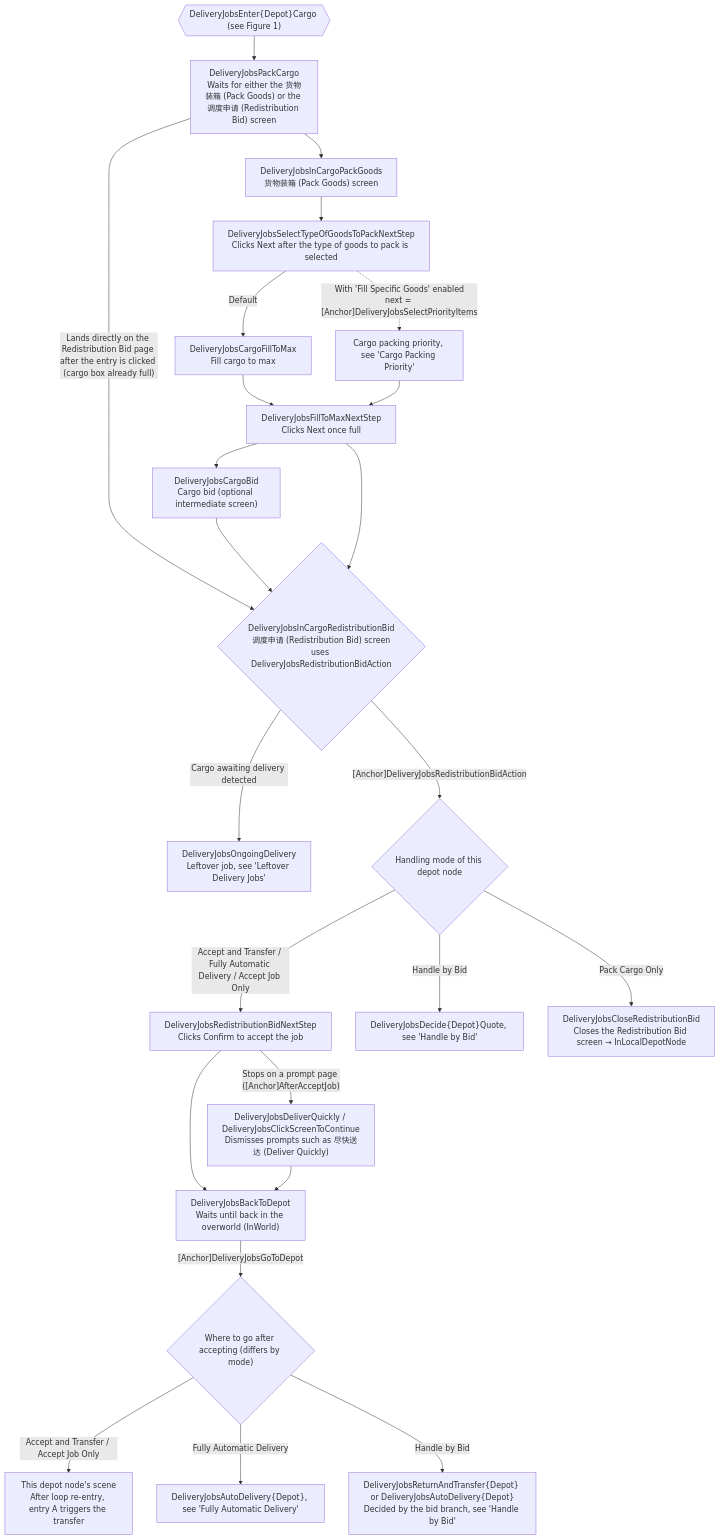
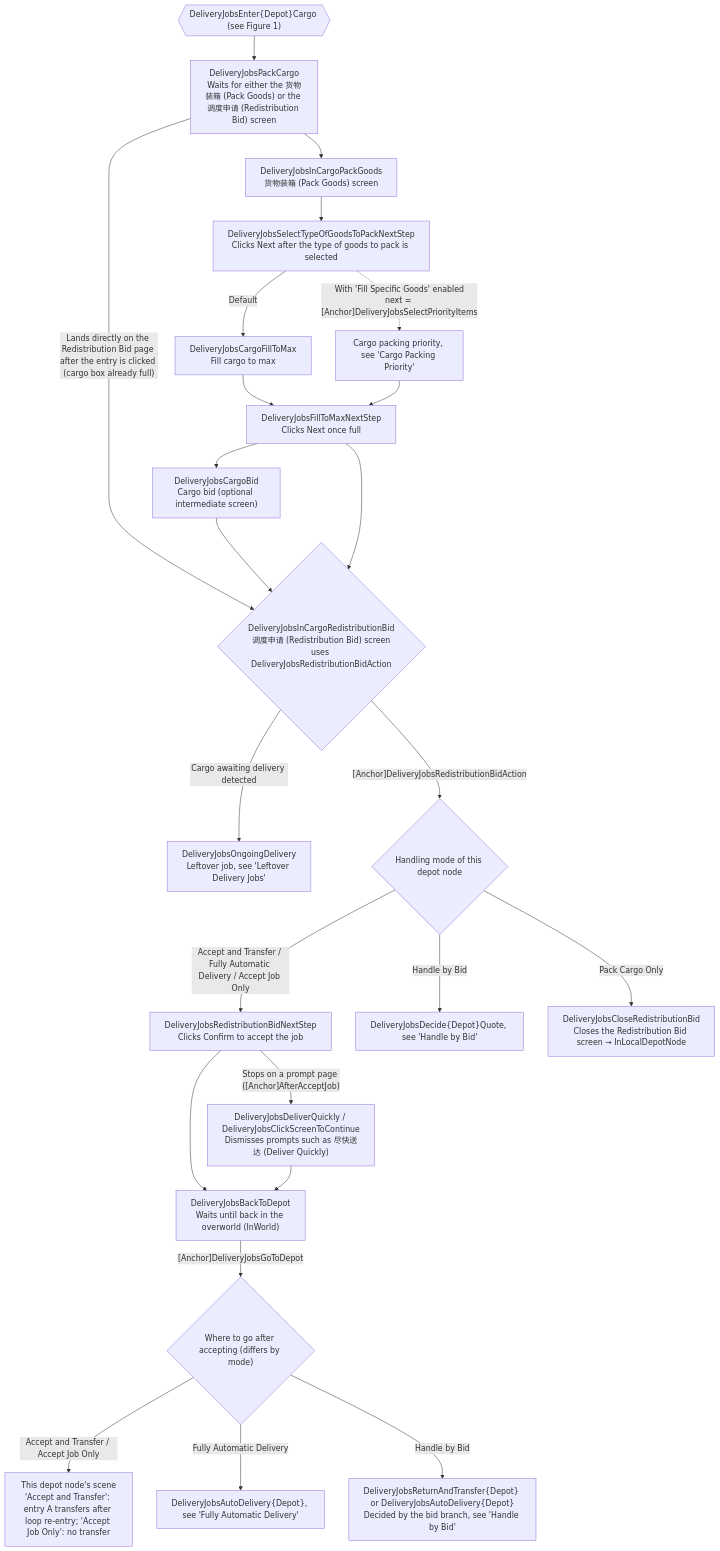
Before and after one commit to MaaEnd/MaaEnd: the second of 6 diagrams in docs/en_us/developers/tasks/delivery-jobs-maintain.md, drawn with Mermaid. The commit also changed other lines of this file and 62 other files, not shown here.

````diff
--- a/docs/en_us/developers/tasks/delivery-jobs-maintain.md
+++ b/docs/en_us/developers/tasks/delivery-jobs-maintain.md
@@ -45,26 +45,26 @@
 ```mermaid
 flowchart TD
     ECargo{{"DeliveryJobsEnter{Depot}Cargo (see Figure 1)"}} --> Pack["DeliveryJobsPackCargo\nWaits for either the 货物装箱 (Pack Goods) or the 调度申请 (Redistribution Bid) screen"]
     Pack --> PackGoods["DeliveryJobsInCargoPackGoods\n货物装箱 (Pack Goods) screen"]
     Pack -->|"Lands directly on the Redistribution Bid page after the entry is clicked (cargo box already full)"| Bid
     PackGoods --> Sel["DeliveryJobsSelectTypeOfGoodsToPackNextStep\nClicks Next after the type of goods to pack is selected"]
     Sel -->|Default| Fill["DeliveryJobsCargoFillToMax\nFill cargo to max"]
     Sel -.->|"With 'Fill Specific Goods' enabled\nnext = [Anchor]DeliveryJobsSelectPriorityItems"| Prio["Cargo packing priority, see 'Cargo Packing Priority'"]
     Fill --> FillNext["DeliveryJobsFillToMaxNextStep\nClicks Next once full"]
     Prio --> FillNext
     FillNext --> CargoBid["DeliveryJobsCargoBid\nCargo bid (optional intermediate screen)"]
     CargoBid --> Bid
     FillNext --> Bid{"DeliveryJobsInCargoRedistributionBid\n调度申请 (Redistribution Bid) screen\nuses DeliveryJobsRedistributionBidAction"}
     Bid -->|Cargo awaiting delivery detected| Ong["DeliveryJobsOngoingDelivery\nLeftover job, see 'Leftover Delivery Jobs'"]
     Bid -->|"[Anchor]DeliveryJobsRedistributionBidAction"| Mode{"Handling mode of this depot node"}
     Mode -->|Accept and Transfer / Fully Automatic Delivery / Accept Job Only| RB["DeliveryJobsRedistributionBidNextStep\nClicks Confirm to accept the job"]
     Mode -->|Handle by Bid| Decide["DeliveryJobsDecide{Depot}Quote, see 'Handle by Bid'"]
     Mode -->|Pack Cargo Only| Close["DeliveryJobsCloseRedistributionBid\nCloses the Redistribution Bid screen → InLocalDepotNode"]
     RB -->|"Stops on a prompt page ([Anchor]AfterAcceptJob)"| Quick["DeliveryJobsDeliverQuickly / DeliveryJobsClickScreenToContinue\nDismisses prompts such as 尽快送达 (Deliver Quickly)"]
     RB --> Back["DeliveryJobsBackToDepot\nWaits until back in the overworld (InWorld)"]
     Quick --> Back
     Back -->|"[Anchor]DeliveryJobsGoToDepot"| Land{"Where to go after accepting (differs by mode)"}
-    Land -->|Accept and Transfer / Accept Job Only| LandScene["This depot node's scene\nAfter loop re-entry, entry A triggers the transfer"]
+    Land -->|Accept and Transfer / Accept Job Only| LandScene["This depot node's scene\n'Accept and Transfer': entry A transfers after loop re-entry; 'Accept Job Only': no transfer"]
     Land -->|Fully Automatic Delivery| LandAuto["DeliveryJobsAutoDelivery{Depot}, see 'Fully Automatic Delivery'"]
     Land -->|Handle by Bid| LandRT["DeliveryJobsReturnAndTransfer{Depot} or DeliveryJobsAutoDelivery{Depot}\nDecided by the bid branch, see 'Handle by Bid'"]
 ```
````
